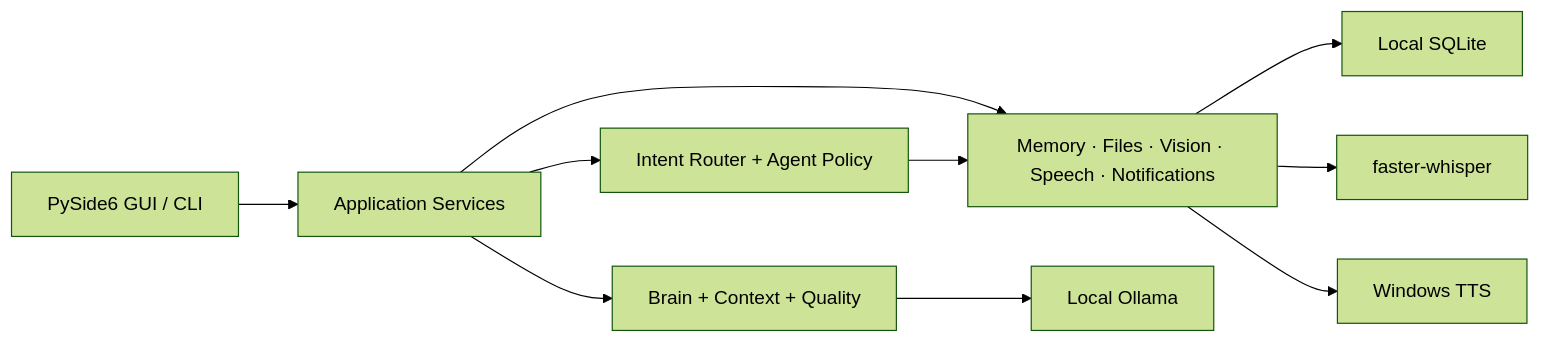
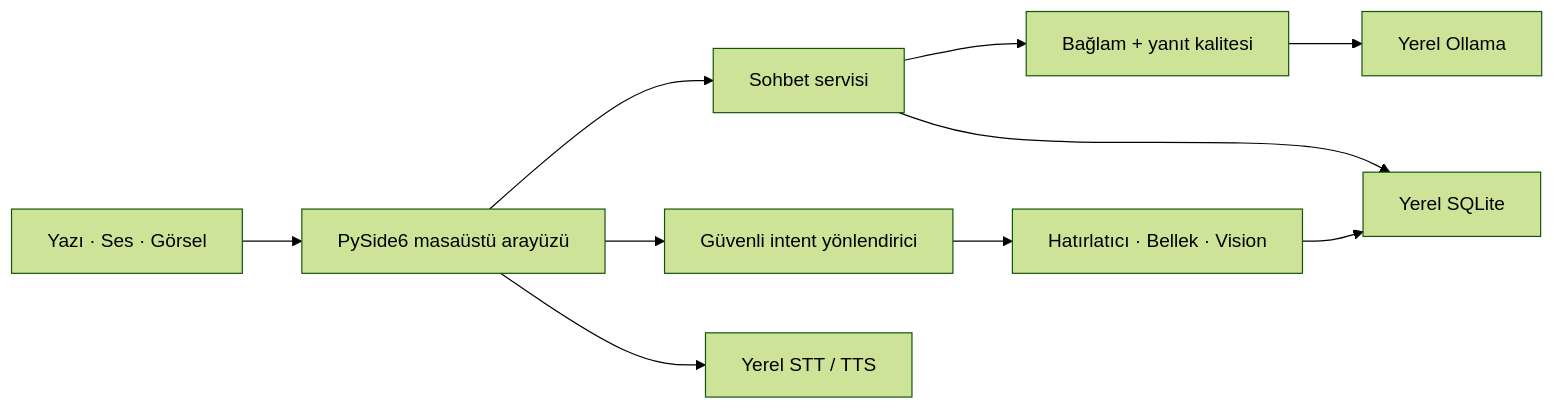
One commit to ilhanki/Lina changed the diagram in README.md. Above: the diagram before and after it, drawn with Mermaid (forest theme). The commit also changed other lines of this file and 3 other files, not shown here.

````diff
--- a/README.md
+++ b/README.md
@@ -318,12 +45,12 @@
 ```mermaid
 flowchart LR
-    UI["PySide6 GUI / CLI"] --> Services["Application Services"]
-    Services --> Brain["Brain + Context + Quality"]
-    Services --> Router["Intent Router + Agent Policy"]
-    Services --> Capabilities["Memory · Files · Vision · Speech · Notifications"]
-    Brain --> Ollama["Local Ollama"]
-    Router --> Capabilities
-    Capabilities --> SQLite["Local SQLite"]
-    Capabilities --> Whisper["faster-whisper"]
-    Capabilities --> WinRT["Windows TTS"]
+    User["Yazı · Ses · Görsel"] --> UI["PySide6 masaüstü arayüzü"]
+    UI --> Conversation["Sohbet servisi"]
+    UI --> Intent["Güvenli intent yönlendirici"]
+    Conversation --> Quality["Bağlam + yanıt kalitesi"]
+    Quality --> Ollama["Yerel Ollama"]
+    Intent --> Capabilities["Hatırlatıcı · Bellek · Vision"]
+    UI --> Speech["Yerel STT / TTS"]
+    Conversation --> SQLite["Yerel SQLite"]
+    Capabilities --> SQLite
 ```
````
